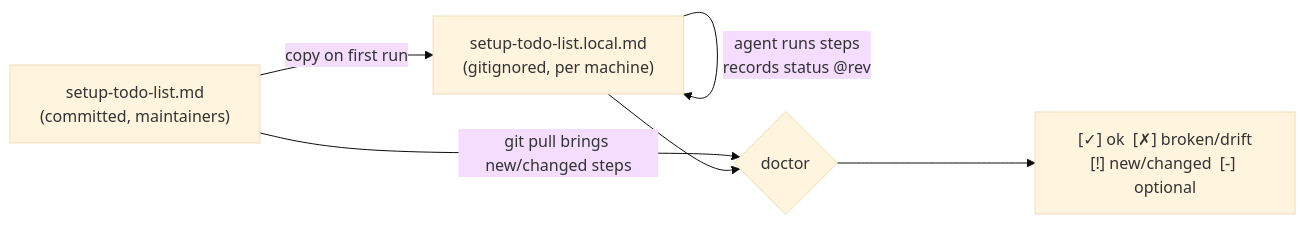
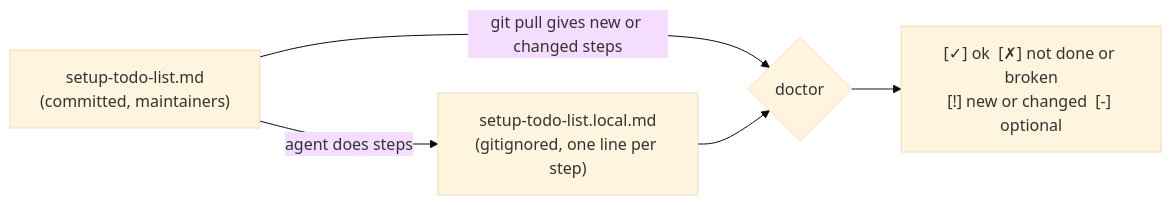
The diagram in README.md (epatel/project-setup), drawn with Mermaid (base theme) before and after one commit. The commit also changed other lines of this file and 1 other file, not shown here.

````diff
--- a/README.md
+++ b/README.md
@@ -7,8 +7,7 @@
 ```mermaid
 flowchart LR
-  M["setup-todo-list.md<br/>(committed, maintainers)"] -- copy on first run --> L["setup-todo-list.local.md<br/>(gitignored, per machine)"]
-  L -- "agent runs steps<br/>records status @rev" --> L
-  M -- "git pull brings new/changed steps" --> D{doctor}
+  M["setup-todo-list.md<br/>(committed, maintainers)"] -- "agent does steps" --> L["setup-todo-list.local.md<br/>(gitignored, one line per step)"]
+  M -- "git pull gives new or changed steps" --> D{doctor}
   L --> D
-  D --> R["[✓] ok  [✗] broken/drift<br/>[!] new/changed  [-] optional"]
+  D --> R["[✓] ok  [✗] not done or broken<br/>[!] new or changed  [-] optional"]
 ```
````
